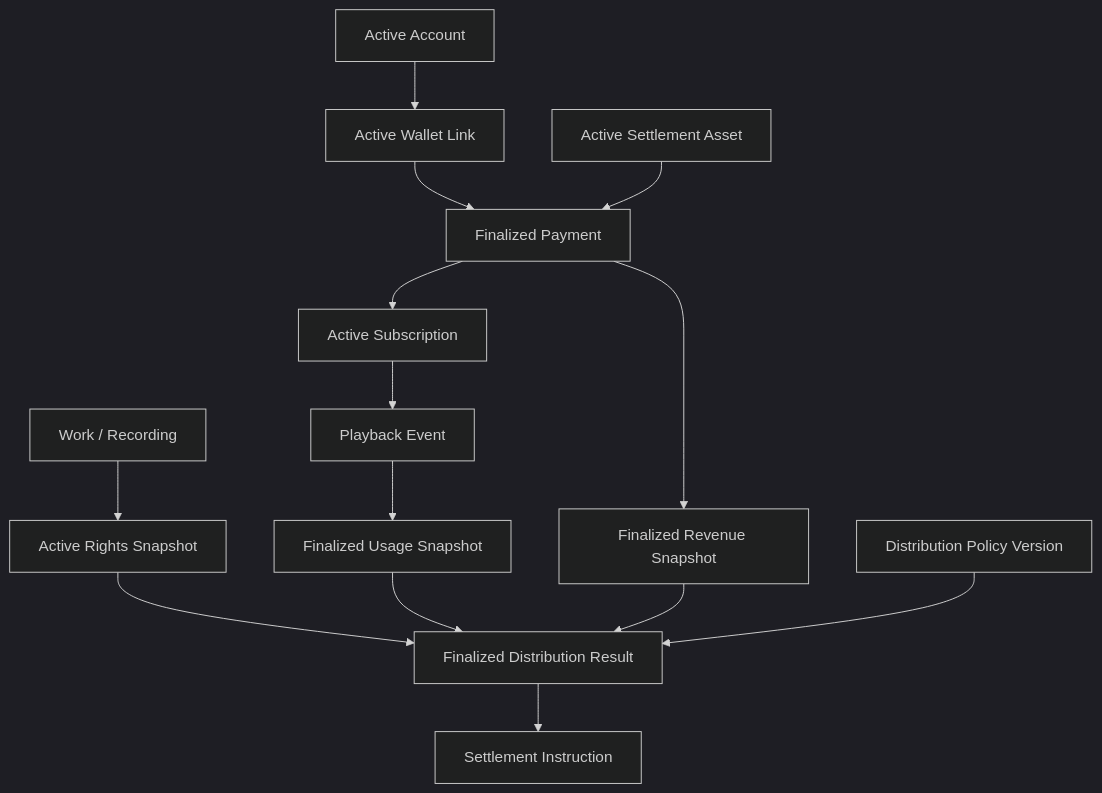
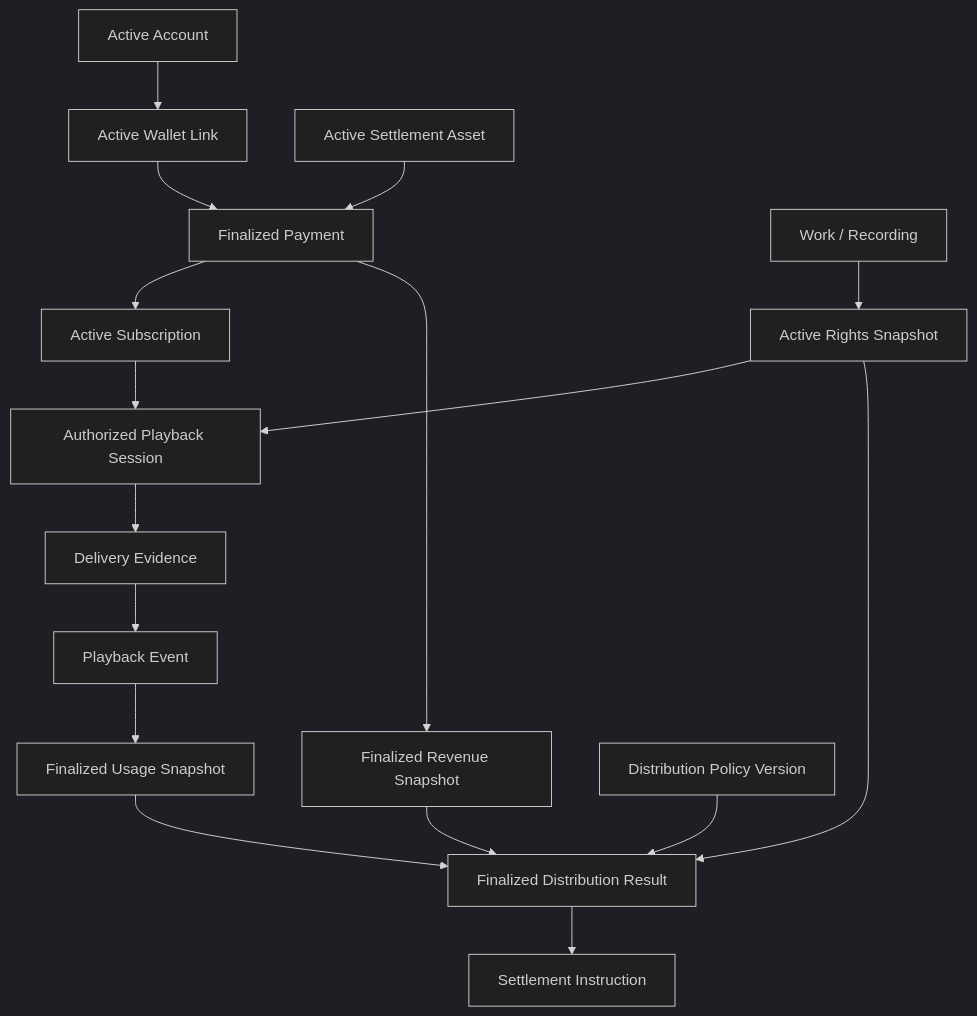
One commit to ShigeichiroYamasaki/creator-first-platform changed the diagram in docs/protocol/vertical-slice.md. Above: the diagram before and after it, drawn with Mermaid (dark theme). The commit also changed other lines of this file and 20 other files, not shown here.

````diff
--- a/docs/protocol/vertical-slice.md
+++ b/docs/protocol/vertical-slice.md
@@ -18,29 +18,32 @@
 ```mermaid
 flowchart TD
     ACCOUNT[Active Account]
     WALLET[Active Wallet Link]
     ASSET[Active Settlement Asset]
     PAYMENT[Finalized Payment]
     SUB[Active Subscription]
 
     CONTENT[Work / Recording]
     RIGHTS[Active Rights Snapshot]
+    AUTHZ[Authorized Playback Session]
+    DELIVERY[Delivery Evidence]
     PLAY[Playback Event]
     USAGE[Finalized Usage Snapshot]
 
     REVENUE[Finalized Revenue Snapshot]
     POLICY[Distribution Policy Version]
     RESULT[Finalized Distribution Result]
     INSTRUCTION[Settlement Instruction]
 
-    ACCOUNT --> WALLET --> PAYMENT --> SUB --> PLAY --> USAGE
+    ACCOUNT --> WALLET --> PAYMENT --> SUB --> AUTHZ --> DELIVERY --> PLAY --> USAGE
     ASSET --> PAYMENT
     PAYMENT --> REVENUE
 
     CONTENT --> RIGHTS
+    RIGHTS --> AUTHZ
     RIGHTS --> RESULT
     USAGE --> RESULT
     REVENUE --> RESULT
     POLICY --> RESULT
     RESULT --> INSTRUCTION
 ```
````
